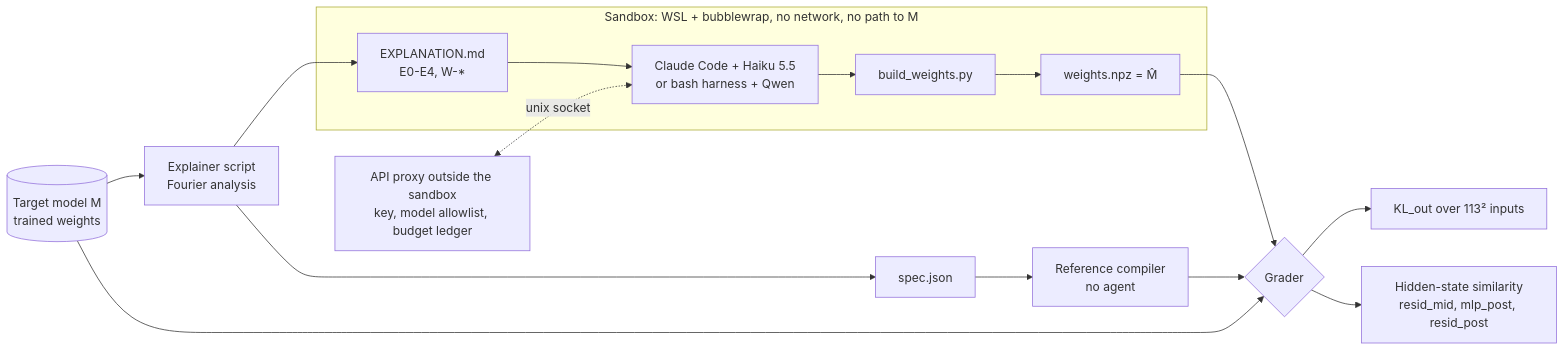
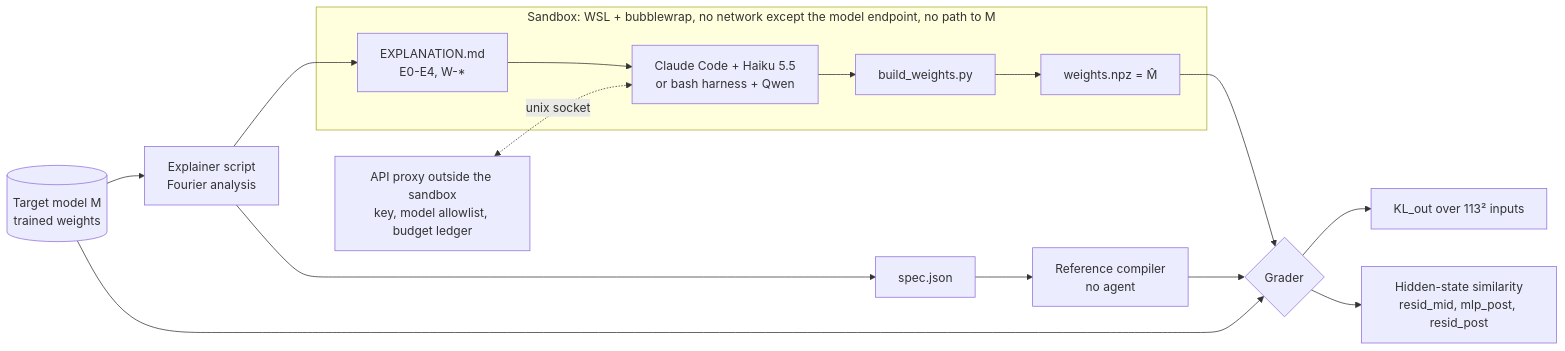
The diagram in README.md (BurnyCoder/verifiable-mechanistic-interpretability-by-grading-explanations-using-simulations), drawn with Mermaid before and after one commit. The commit also changed other lines of this file and 16 other files, not shown here.

````diff
--- a/README.md
+++ b/README.md
@@ -377,15 +390,15 @@
 ```mermaid
 flowchart LR
     M[(Target model M<br/>trained weights)] --> X[Explainer script<br/>Fourier analysis]
     X --> E[EXPLANATION.md<br/>E0-E4, W-*]
     X --> S[spec.json] --> C[Reference compiler<br/>no agent] --> G
-    subgraph SB[Sandbox: WSL + bubblewrap, no network, no path to M]
+    subgraph SB[Sandbox: WSL + bubblewrap, no network except the model endpoint, no path to M]
         E --> A[Claude Code + Haiku 5.5<br/>or bash harness + Qwen]
         A --> B[build_weights.py] --> W[weights.npz = M̂]
     end
     P[API proxy outside the sandbox<br/>key, model allowlist, budget ledger] <-. unix socket .-> A
     M --> G{Grader}
     W --> G
     G --> S1[KL_out over 113² inputs]
     G --> S2[Hidden-state similarity<br/>resid_mid, mlp_post, resid_post]
 ```
````
